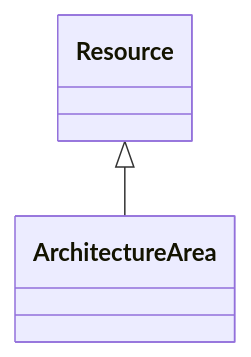
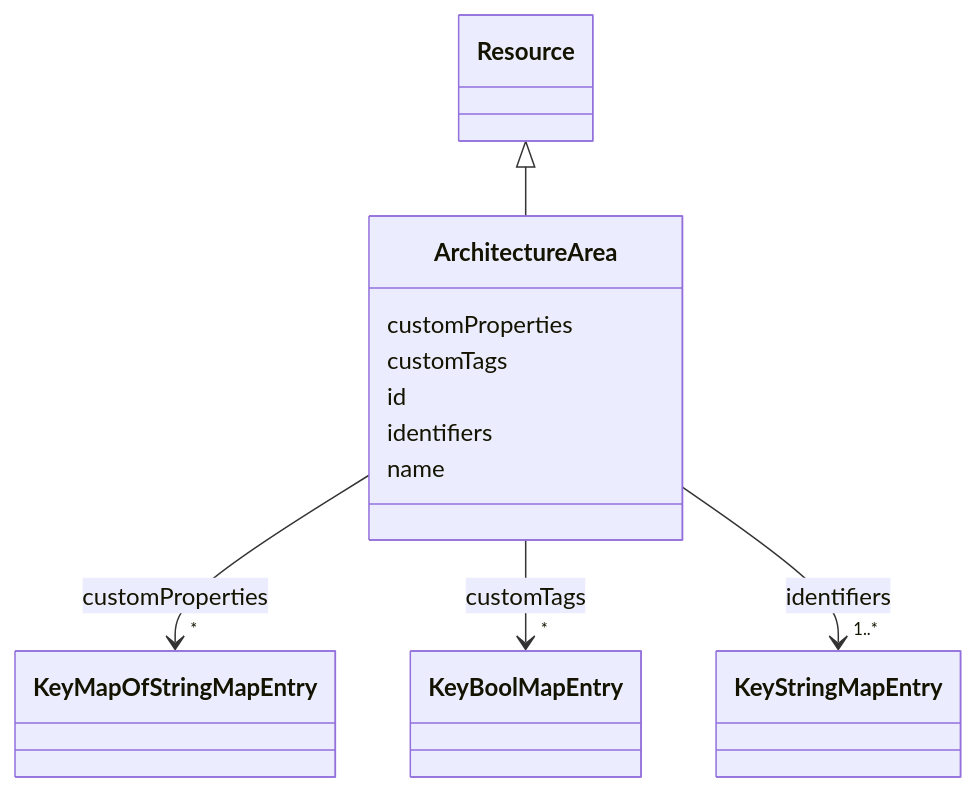
One commit to takashikasuya/smartbuiding_ontology changed the diagram in docs/ArchitectureArea.md. Above: the diagram before and after it, drawn with Mermaid. The commit also changed other lines of this file and 101 other files, not shown here.

First line of the commit message:
Add documentation for Media and Schema classes, including slots and mappings

````diff
--- a/docs/ArchitectureArea.md
+++ b/docs/ArchitectureArea.md
@@ -18,9 +18,46 @@
 ```mermaid
  classDiagram
     class ArchitectureArea
     click ArchitectureArea href "../ArchitectureArea/"
       Resource <|-- ArchitectureArea
         click Resource href "../Resource/"
       
+      ArchitectureArea : customProperties
+        
+          
+    
+        
+        
+        ArchitectureArea --> "*" KeyMapOfStringMapEntry : customProperties
+        click KeyMapOfStringMapEntry href "../KeyMapOfStringMapEntry/"
+    
+
+        
+      ArchitectureArea : customTags
+        
+          
+    
+        
+        
+        ArchitectureArea --> "*" KeyBoolMapEntry : customTags
+        click KeyBoolMapEntry href "../KeyBoolMapEntry/"
+    
+
+        
+      ArchitectureArea : id
+        
+      ArchitectureArea : identifiers
+        
+          
+    
+        
+        
+        ArchitectureArea --> "1..*" KeyStringMapEntry : identifiers
+        click KeyStringMapEntry href "../KeyStringMapEntry/"
+    
+
+        
+      ArchitectureArea : name
+        
       
 ```
````
